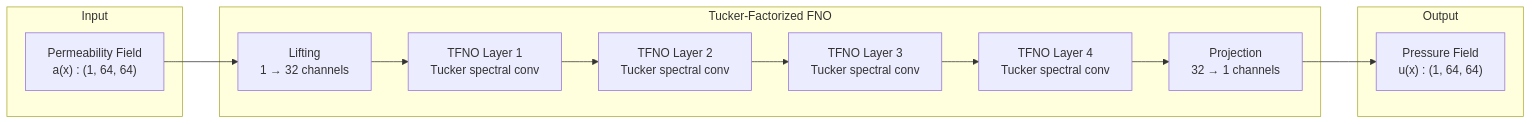
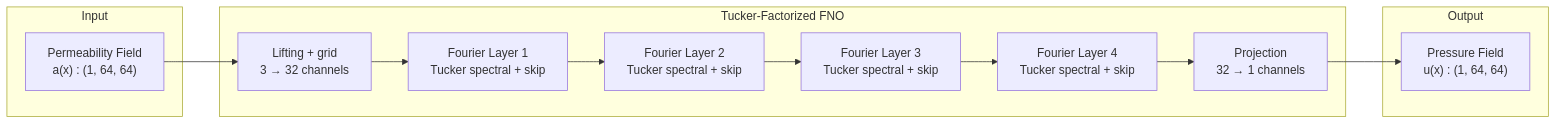
Before and after one commit to avitai/opifex: the diagram in docs/examples/neural-operators/tfno-darcy.md, drawn with Mermaid. The commit also changed other lines of this file and 4 other files, not shown here.

````diff
--- a/docs/examples/neural-operators/tfno-darcy.md
+++ b/docs/examples/neural-operators/tfno-darcy.md
@@ -88,21 +88,21 @@
 ```mermaid
 graph LR
     subgraph Input
         A["Permeability Field<br/>a(x) : (1, 64, 64)"]
     end
 
     subgraph TFNO["Tucker-Factorized FNO"]
-        B["Lifting<br/>1 → 32 channels"]
-        C["TFNO Layer 1<br/>Tucker spectral conv"]
-        D["TFNO Layer 2<br/>Tucker spectral conv"]
-        E["TFNO Layer 3<br/>Tucker spectral conv"]
-        F["TFNO Layer 4<br/>Tucker spectral conv"]
+        B["Lifting + grid<br/>3 → 32 channels"]
+        C["Fourier Layer 1<br/>Tucker spectral + skip"]
+        D["Fourier Layer 2<br/>Tucker spectral + skip"]
+        E["Fourier Layer 3<br/>Tucker spectral + skip"]
+        F["Fourier Layer 4<br/>Tucker spectral + skip"]
         G["Projection<br/>32 → 1 channels"]
     end
 
     subgraph Output
         H["Pressure Field<br/>u(x) : (1, 64, 64)"]
     end
 
     A --> B --> C --> D --> E --> F --> G --> H
 ```
````
